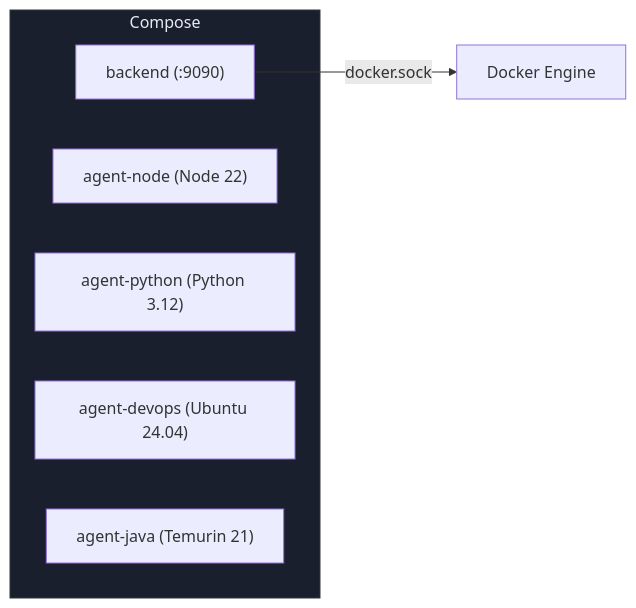
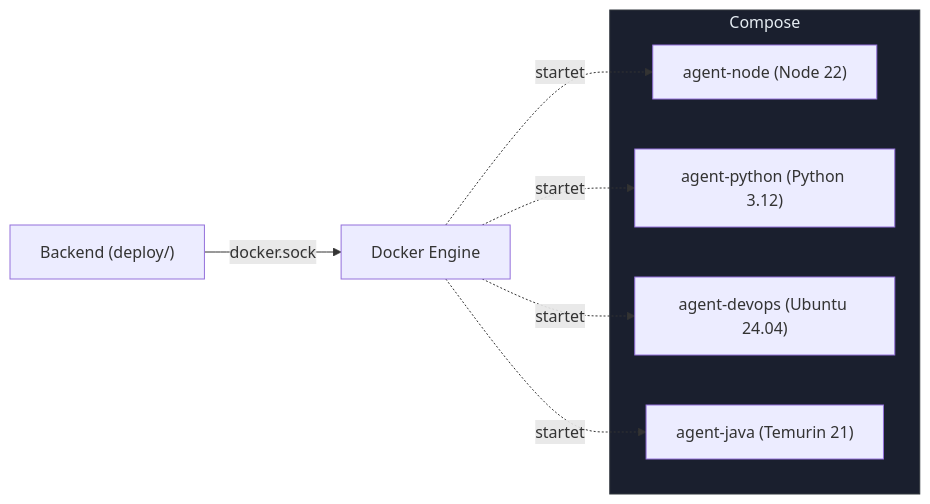
The first of 2 diagrams in docs/deployment-container-diagrams.md (FLSEST/MySuricates), drawn with Mermaid before and after one commit. The commit also changed other lines of this file and 19 other files, not shown here.

````diff
--- a/docs/deployment-container-diagrams.md
+++ b/docs/deployment-container-diagrams.md
@@ -18,12 +18,15 @@
 ```mermaid
 flowchart LR
     subgraph Compose
-        BE["backend (:9090)"]
         N["agent-node (Node 22)"]
         PY["agent-python (Python 3.12)"]
         DO["agent-devops (Ubuntu 24.04)"]
         JV["agent-java (Temurin 21)"]
     end
-    BE -->|"docker.sock"| Engine["Docker Engine"]
+    Backend["Backend (deploy/)"] -->|"docker.sock"| Engine["Docker Engine"]
+    Engine -.->|"startet"| N
+    Engine -.->|"startet"| PY
+    Engine -.->|"startet"| DO
+    Engine -.->|"startet"| JV
     style Compose fill:#1a1f2e,stroke:#30363d,color:#e6edf3
 ```
````
